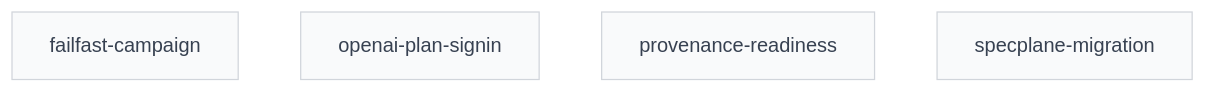
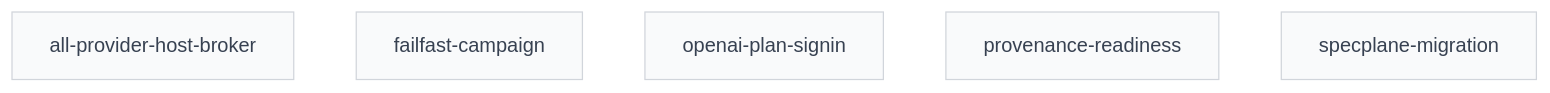
The diagram in plans/PLANS.md (SpiralSky/ai-workflow), drawn with Mermaid before and after one commit. The commit also changed other lines of this file and 18 other files, not shown here.

Commit message:
fix: isolate all runner provider credentials on host (source 42ff9e5)

````diff
--- a/plans/PLANS.md
+++ b/plans/PLANS.md
@@ -20,14 +21,15 @@
 ```mermaid
 graph TD
+    p_2026_11_01_all_provider_host_broker[all-provider-host-broker]:::draft
     p_2026_11_01_failfast_campaign[failfast-campaign]:::draft
     p_2026_11_01_openai_plan_signin[openai-plan-signin]:::draft
     p_2026_11_01_provenance_readiness[provenance-readiness]:::draft
     p_2026_11_01_specplane_migration[specplane-migration]:::draft
     classDef draft fill:#f9fafb,color:#374151,stroke:#d1d5db
     classDef ready fill:#22c55e,color:#fff
     classDef blocked fill:#ef4444,color:#fff
     classDef in_progress fill:#3b82f6,color:#fff
     classDef review fill:#60a5fa,color:#fff
     classDef done fill:#9ca3af,color:#fff
     classDef abandoned fill:#9ca3af,color:#fff,text-decoration:line-through
 ```
````
